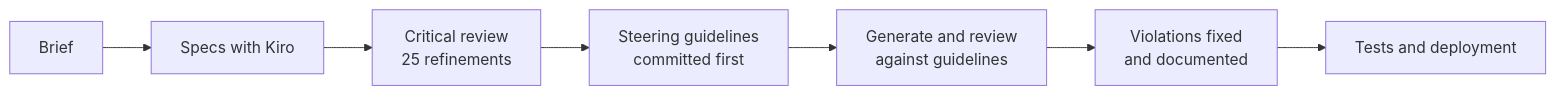
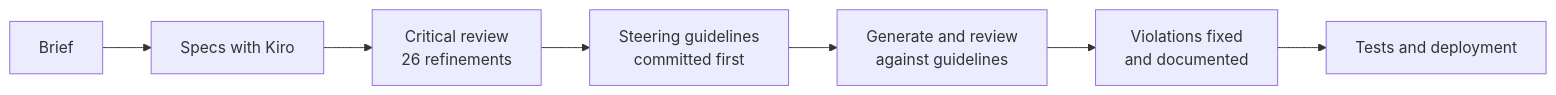
Before and after one commit to Revou-FSSE-Jun26/module-4-jimWilliam: the second of 2 diagrams in README.md, drawn with Mermaid. The commit also changed other lines of this file and 54 other files, not shown here.

````diff
--- a/README.md
+++ b/README.md
@@ -230,4 +230,4 @@
 ```mermaid
 flowchart LR
-    A[Brief] --> B[Specs with Kiro] --> C[Critical review<br/>25 refinements] --> D[Steering guidelines<br/>committed first] --> E[Generate and review<br/>against guidelines] --> F[Violations fixed<br/>and documented] --> G[Tests and deployment]
+    A[Brief] --> B[Specs with Kiro] --> C[Critical review<br/>26 refinements] --> D[Steering guidelines<br/>committed first] --> E[Generate and review<br/>against guidelines] --> F[Violations fixed<br/>and documented] --> G[Tests and deployment]
 ```
````
